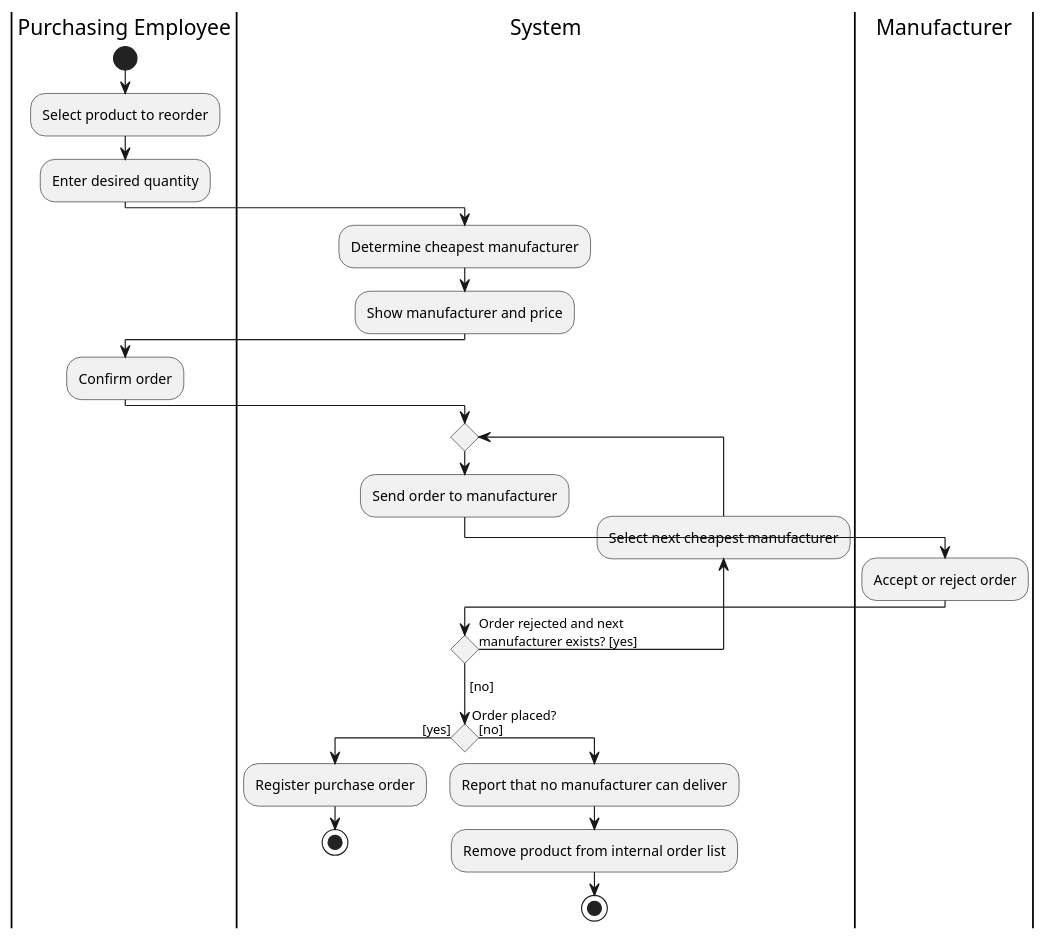
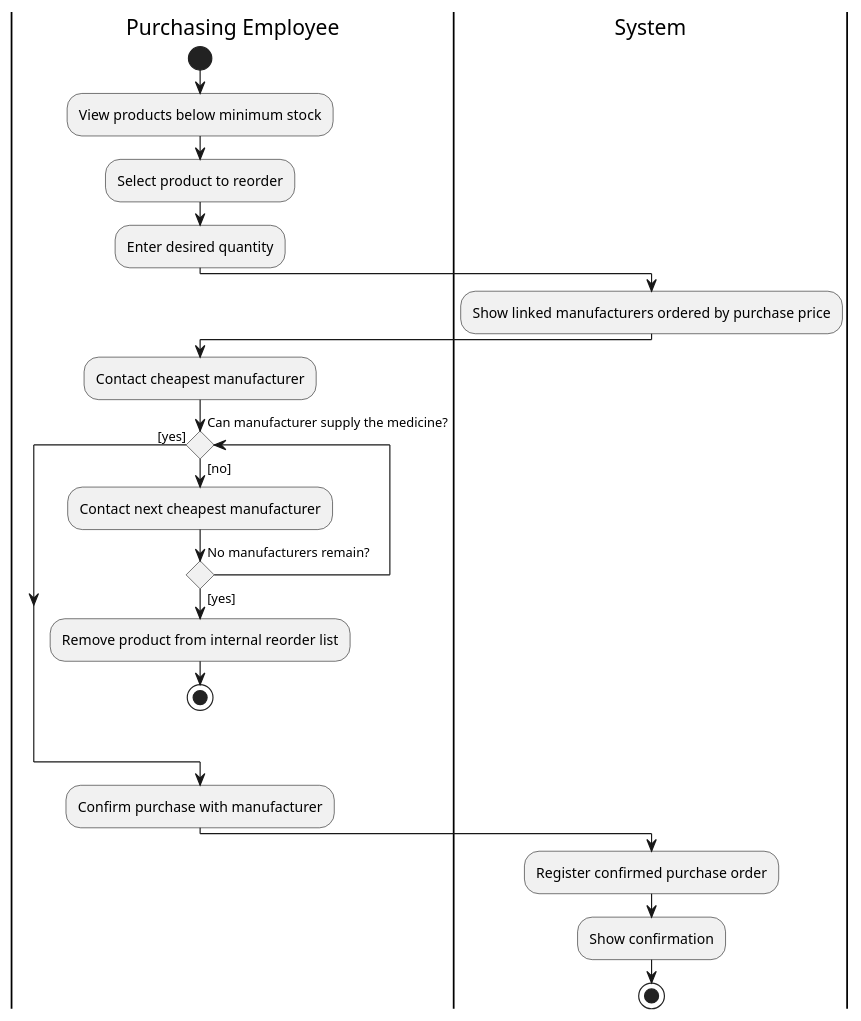
One commit to ViktorQorri/Project-Timaflu changed the diagram in Documentation/Architecture/uml/src/activity_diagrams/AD02_Reorder_products.puml. Above: the diagram before and after it, drawn with PlantUML. The commit also changed 2 other files, not shown here.

Commit message:
Align purchasing and stock activity flows with Timaflu case

```diff
--- a/Documentation/Architecture/uml/src/activity_diagrams/AD02_Reorder_products.puml
+++ b/Documentation/Architecture/uml/src/activity_diagrams/AD02_Reorder_products.puml
@@ -1,31 +1,26 @@
 @startuml
 skinparam conditionStyle diamond
 skinparam ConditionEndStyle diamond
 skinparam ActivityDiamondFontSize 11
 |Purchasing Employee|
 start
+:View products below minimum stock;
 :Select product to reorder;
 :Enter desired quantity;
 |System|
-:Determine cheapest manufacturer;
-:Show manufacturer and price;
+:Show linked manufacturers ordered by purchase price;
 |Purchasing Employee|
-:Confirm order;
+:Contact cheapest manufacturer;
+while (Can manufacturer supply the medicine?) is ([no])
+  :Contact next cheapest manufacturer;
+  if (No manufacturers remain?) then ([yes])
+    :Remove product from internal reorder list;
+    stop
+  endif
+endwhile ([yes])
+:Confirm purchase with manufacturer;
 |System|
-repeat
-  :Send order to manufacturer;
-  |Manufacturer|
-  :Accept or reject order;
-  |System|
-backward :Select next cheapest manufacturer;
-repeat while (Order rejected and next\nmanufacturer exists? [yes]) is ([yes])
-->[no];
-if (Order placed?) then ([yes])
-  :Register purchase order;
-  stop
-else ([no])
-  :Report that no manufacturer can deliver;
-  :Remove product from internal order list;
-  stop
-endif
+:Register confirmed purchase order;
+:Show confirmation;
+stop
 @enduml
```
